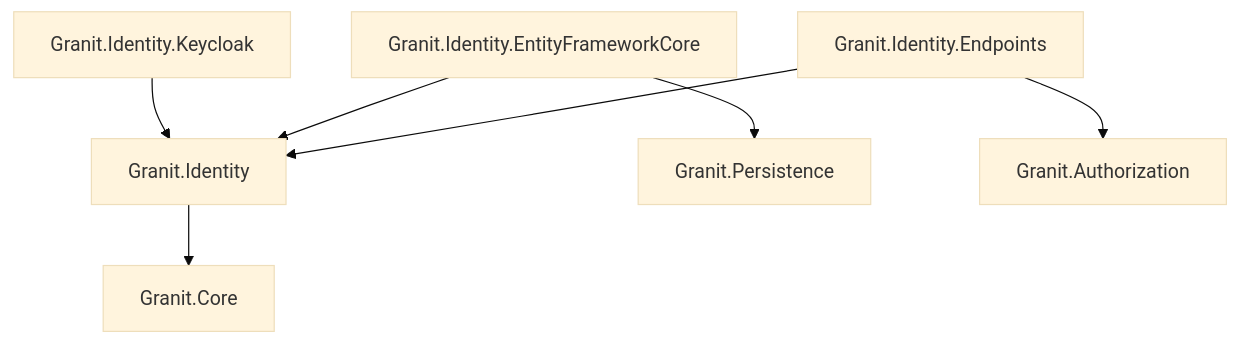
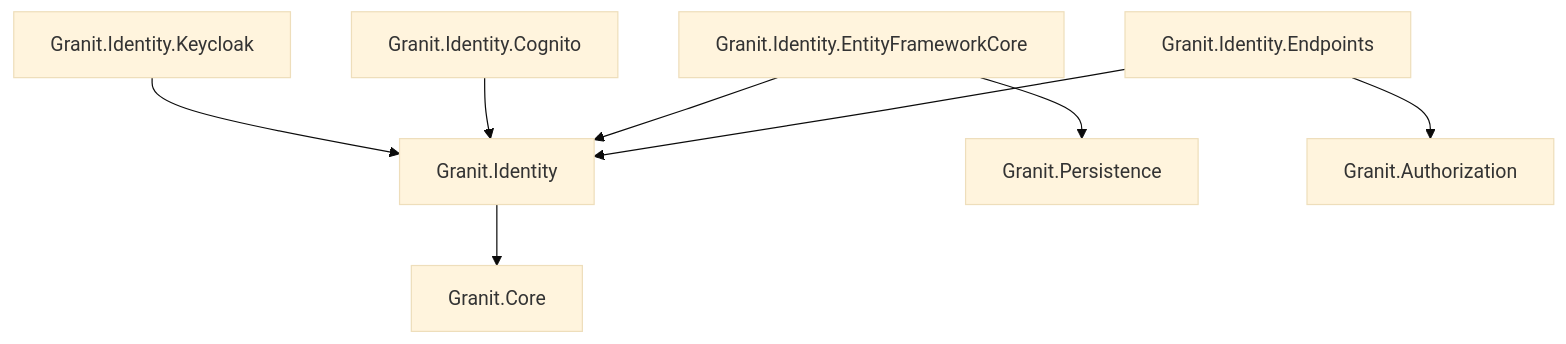
Before and after one commit to enraiz/granit-dotnet: the first of 2 diagrams in docs-site/src/content/docs/reference/modules/identity.mdx, drawn with Mermaid (base theme). The commit also changed other lines of this file and 14 other files, not shown here.

````diff
--- a/docs-site/src/content/docs/reference/modules/identity.mdx
+++ b/docs-site/src/content/docs/reference/modules/identity.mdx
@@ -33,9 +35,10 @@
 ```mermaid
 graph TD
     I[Granit.Identity] --> C[Granit.Core]
     IK[Granit.Identity.Keycloak] --> I
+    IC[Granit.Identity.Cognito] --> I
     IEF[Granit.Identity.EntityFrameworkCore] --> I
     IEF --> P[Granit.Persistence]
     IE[Granit.Identity.Endpoints] --> I
     IE --> AZ[Granit.Authorization]
 ```
````
